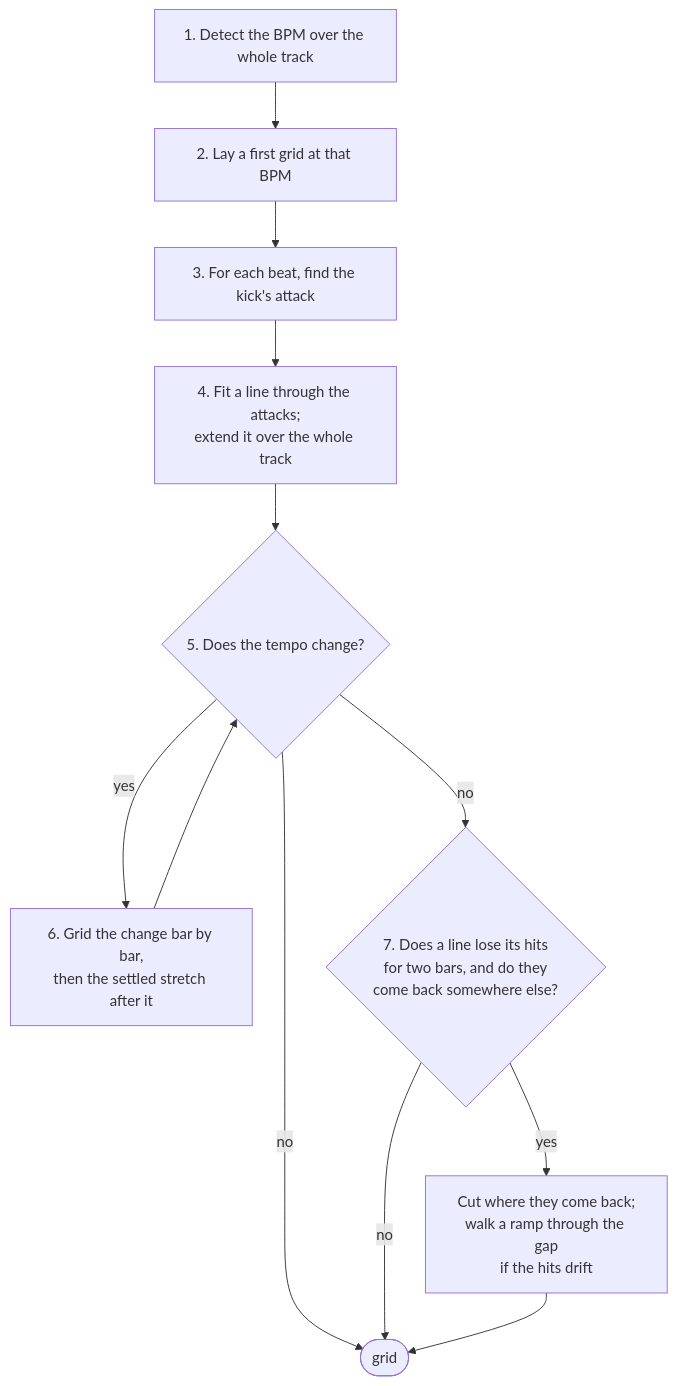
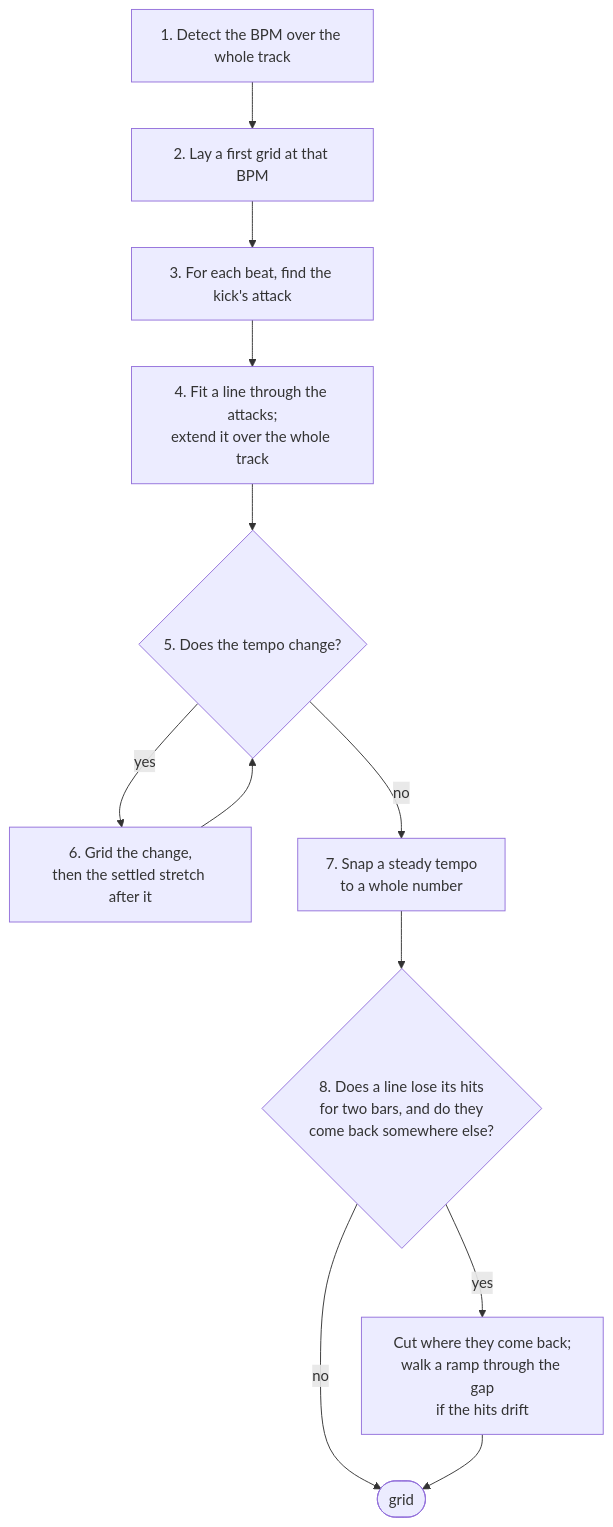
Before and after one commit to Wirlax/rbxport: the diagram in crates/rbl-analysis/docs/beat.md, drawn with Mermaid. The commit also changed other lines of this file and 8 other files, not shown here.

````diff
--- a/crates/rbl-analysis/docs/beat.md
+++ b/crates/rbl-analysis/docs/beat.md
@@ -7,14 +7,14 @@
 ```mermaid
 flowchart TD
     A[1. Detect the BPM over the whole track] --> B[2. Lay a first grid at that BPM]
     B --> C[3. For each beat, find the kick's attack]
     C --> E[4. Fit a line through the attacks;<br/>extend it over the whole track]
     E --> Q{5. Does the tempo change?}
-    Q -- no --> Z([grid])
-    Q -- yes --> F[6. Grid the change bar by bar,<br/>then the settled stretch after it]
+    Q -- yes --> F[6. Grid the change,<br/>then the settled stretch after it]
     F --> Q
-    Q -- no --> G{7. Does a line lose its hits<br/>for two bars, and do they<br/>come back somewhere else?}
-    G -- no --> Z
+    Q -- no --> W[7. Snap a steady tempo<br/>to a whole number]
+    W --> G{8. Does a line lose its hits<br/>for two bars, and do they<br/>come back somewhere else?}
+    G -- no --> Z([grid])
     G -- yes --> H[Cut where they come back;<br/>walk a ramp through the gap<br/>if the hits drift]
     H --> Z
 ```
````
